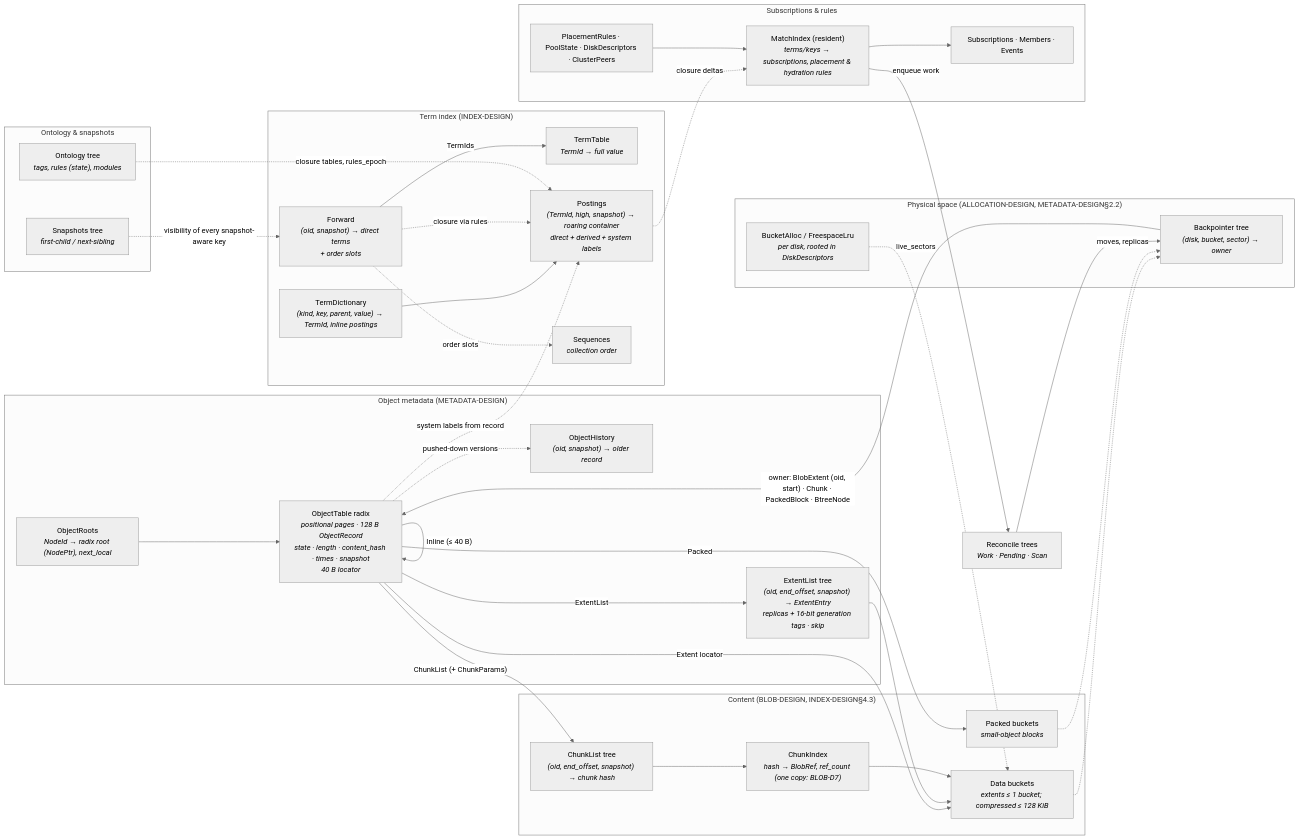
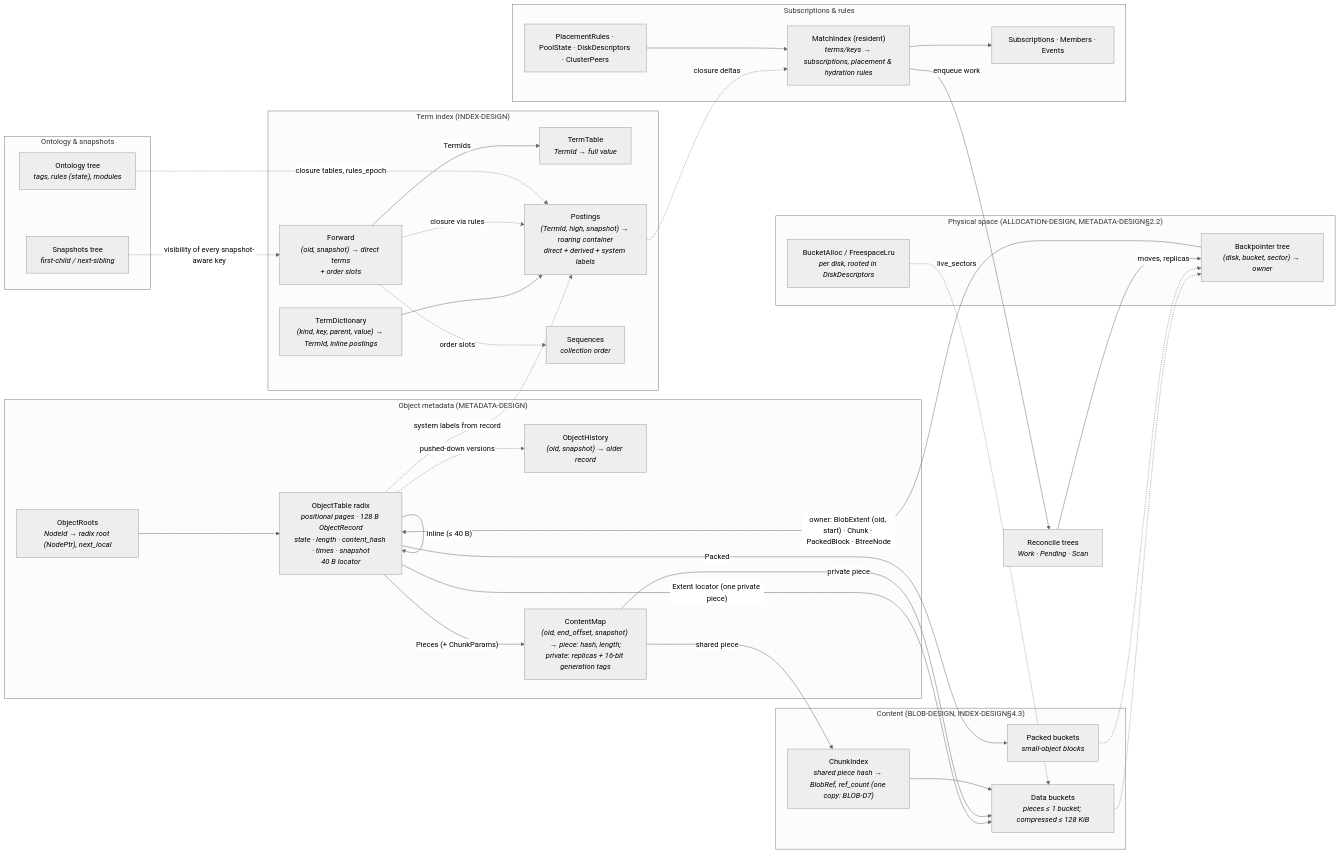
One commit to metta-systems/mimisbrunnr changed the second of 2 diagrams in doc/agentic/specification-design.md. Above: the diagram before and after it, drawn with Mermaid (neutral theme). The commit also changed other lines of this file and 27 other files, not shown here.

Commit message:
One content model: objects are hashed pieces in a shared ContentMap, private by default or shared through ChunkIndex; piece journal ops, op kinds 0-38, BtreeKind 0-25

````diff
--- a/doc/agentic/specification-design.md
+++ b/doc/agentic/specification-design.md
@@ -1490,65 +1498,65 @@
 ```mermaid
 flowchart LR
     subgraph Meta["Object metadata (METADATA-DESIGN)"]
         OR["ObjectRoots<br/><i>NodeId → radix root (NodePtr), next_local</i>"]
         OT["ObjectTable radix<br/><i>positional pages · 128 B ObjectRecord<br/>state · length · content_hash · times · snapshot<br/>40 B locator</i>"]
         OH["ObjectHistory<br/><i>(oid, snapshot) → older record</i>"]
-        ET["ExtentList tree<br/><i>(oid, end_offset, snapshot) → ExtentEntry<br/>replicas + 16-bit generation tags · skip</i>"]
+        ET["ContentMap<br/><i>(oid, end_offset, snapshot) → piece: hash, length;<br/>private: replicas + 16-bit generation tags</i>"]
         OR --> OT
         OT -.->|"pushed-down versions"| OH
     end
 
     subgraph Content["Content (BLOB-DESIGN, INDEX-DESIGN§4.3)"]
-        DATA["Data buckets<br/><i>extents ≤ 1 bucket; compressed ≤ 128 KiB</i>"]
+        DATA["Data buckets<br/><i>pieces ≤ 1 bucket; compressed ≤ 128 KiB</i>"]
         PACK["Packed buckets<br/><i>small-object blocks</i>"]
-        CL["ChunkList tree<br/><i>(oid, end_offset, snapshot) → chunk hash</i>"]
-        CI["ChunkIndex<br/><i>hash → BlobRef, ref_count (one copy: BLOB-D7)</i>"]
+        CI["ChunkIndex<br/><i>shared piece hash → BlobRef, ref_count (one copy: BLOB-D7)</i>"]
     end
 
     OT -->|"Inline (≤ 40 B)"| OT
-    OT -->|"Extent locator"| DATA
-    OT -->|"ExtentList"| ET --> DATA
-    OT -->|"ChunkList (+ ChunkParams)"| CL --> CI --> DATA
+    OT -->|"Extent locator (one private piece)"| DATA
+    OT -->|"Pieces (+ ChunkParams)"| ET
+    ET -->|"private piece"| DATA
+    ET -->|"shared piece"| CI --> DATA
     OT -->|"Packed"| PACK
 
     subgraph Index["Term index (INDEX-DESIGN)"]
         FW["Forward<br/><i>(oid, snapshot) → direct terms<br/>+ order slots</i>"]
         TD["TermDictionary<br/><i>(kind, key, parent, value) → TermId, inline postings</i>"]
         TT["TermTable<br/><i>TermId → full value</i>"]
         PO["Postings<br/><i>(TermId, high, snapshot) → roaring container<br/>direct + derived + system labels</i>"]
         SQ["Sequences<br/><i>collection order</i>"]
         FW -->|"TermIds"| TT
         TD --> PO
         FW -.->|"closure via rules"| PO
         FW -.->|"order slots"| SQ
     end
 
     OT -.->|"system labels from record"| PO
 
     subgraph Ont["Ontology & snapshots"]
         ON["Ontology tree<br/><i>tags, rules (state), modules</i>"]
         SN["Snapshots tree<br/><i>first-child / next-sibling</i>"]
     end
     ON -.->|"closure tables, rules_epoch"| PO
     SN -.->|"visibility of every snapshot-aware key"| FW
 
     subgraph Phys["Physical space (ALLOCATION-DESIGN, METADATA-DESIGN§2.2)"]
         BP["Backpointer tree<br/><i>(disk, bucket, sector) → owner</i>"]
         BA["BucketAlloc / FreespaceLru<br/><i>per disk, rooted in DiskDescriptors</i>"]
     end
     BP -->|"owner: BlobExtent (oid, start) · Chunk · PackedBlock · BtreeNode"| OT
     DATA -.-> BP
     PACK -.-> BP
     BA -.->|"live_sectors"| DATA
 
     subgraph Watch["Subscriptions & rules"]
         SUB["Subscriptions · Members · Events"]
         MI["MatchIndex (resident)<br/><i>terms/keys → subscriptions, placement & hydration rules</i>"]
         PR["PlacementRules · PoolState · DiskDescriptors · ClusterPeers"]
     end
     PO -.->|"closure deltas"| MI
     MI --> SUB
     MI -->|"enqueue work"| RC["Reconcile trees<br/><i>Work · Pending · Scan</i>"]
     PR --> MI
     RC -->|"moves, replicas"| BP
 ```
````
